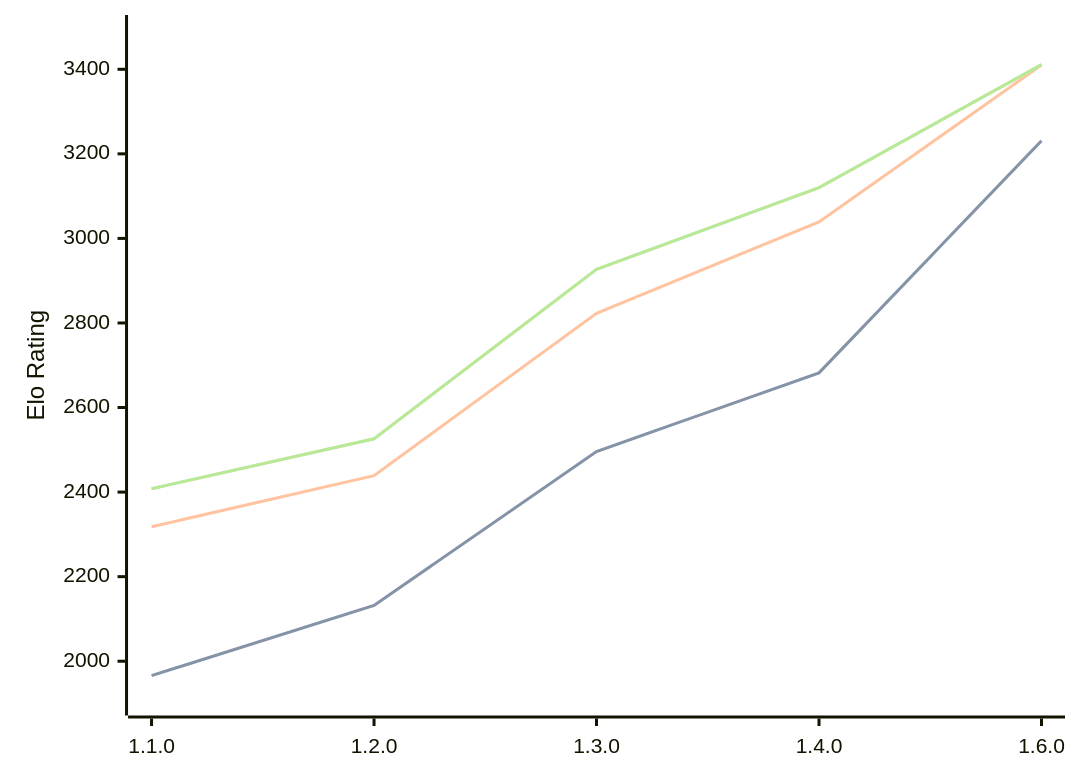
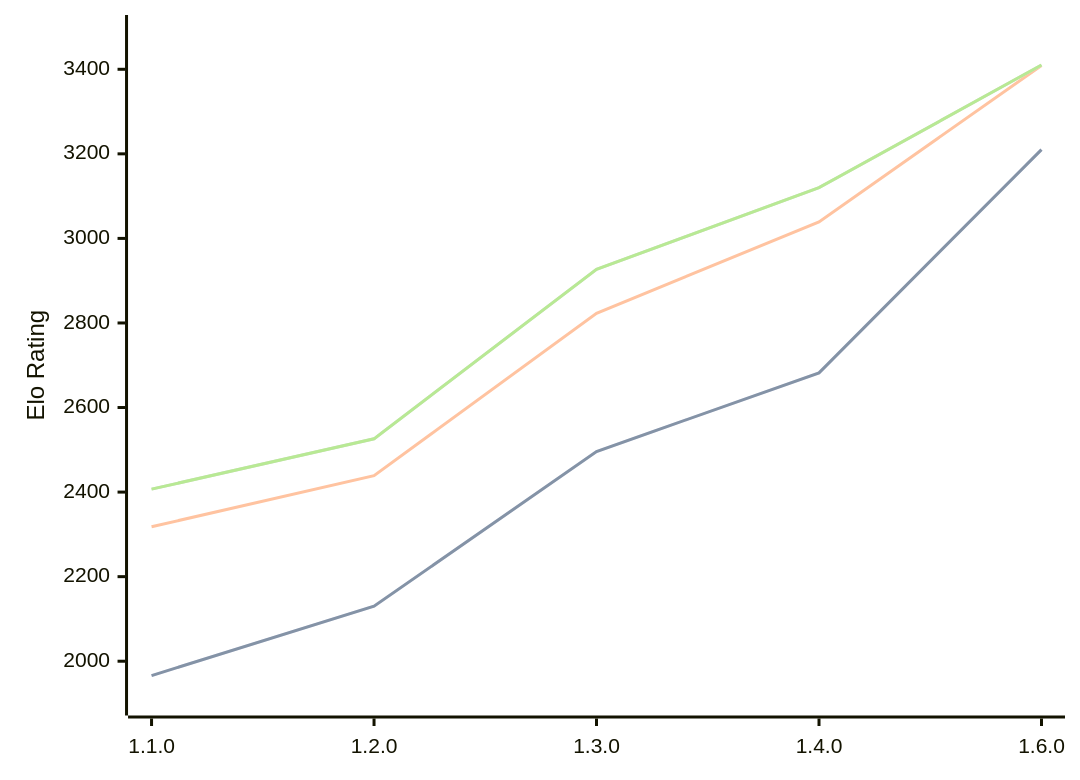
One commit to computer-chess-index/cci changed the diagram in engines/Gyatso.md. Above: the diagram before and after it, drawn with Mermaid. The commit also changed other lines of this file, not shown here.

Commit message:
Update CCI Ratings (ELO VLTC) - 2026-10-01

````diff
--- a/engines/Gyatso.md
+++ b/engines/Gyatso.md
@@ -37,11 +37,11 @@
 ```mermaid
 %%{init: {"theme":"base","themeVariables":{"seriesColors:['#a3a3a3','#222221','#faa371']}}}%%
 xychart-beta
   x-axis ["1.1.0", "1.2.0", "1.3.0", "1.4.0", "1.6.0"]
   y-axis "Elo Rating" 1900 --> 3500
-  line "" [1966, 2132, 2496, 2682, 3231]
-  line "STC (8.0+0.08s)" [1966, 2132, 2496, 2682, 3231]
-  line "LTC (60.0+0.60s)" [2318, 2439, 2823, 3039, 3410]
-  line "" [2408, 2526, 2927, 3120, 3411]
-  line "VLTC (2m24s+1.12s)" [2408, 2526, 2927, 3120, 3411]
+  line "" [1966, 2130, 2496, 2682, 3210]
+  line "STC (8.0+0.08s)" [1966, 2130, 2496, 2682, 3210]
+  line "LTC (60.0+0.60s)" [2318, 2439, 2823, 3039, 3409]
+  line "" [2407, 2526, 2927, 3120, 3410]
+  line "VLTC (2m24s+1.12s)" [2407, 2526, 2927, 3120, 3410]
 ```
````
